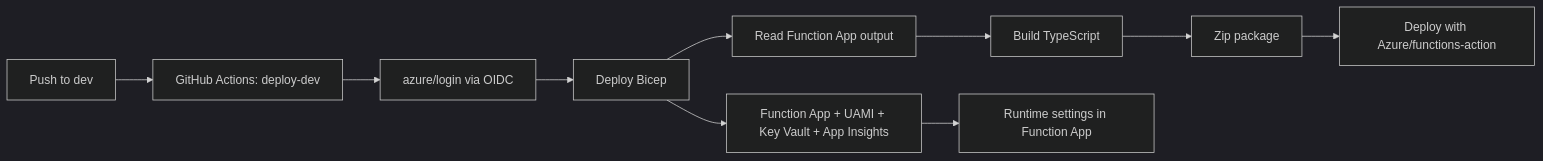
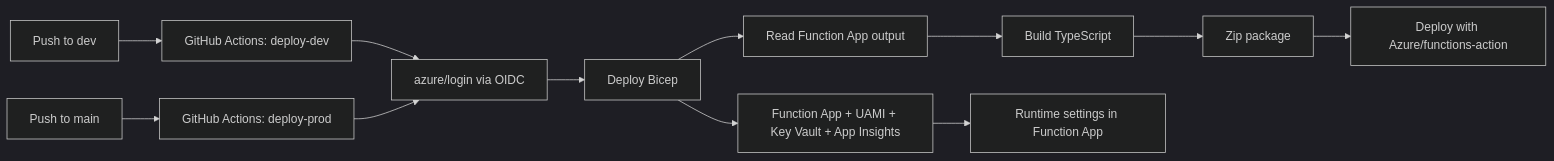
The diagram in knowledgeBase.md (alexCikos/invoiceDemoApp), drawn with Mermaid (dark theme) before and after one commit. The commit also changed other lines of this file and 3 other files, not shown here.

````diff
--- a/knowledgeBase.md
+++ b/knowledgeBase.md
@@ -45,13 +49,15 @@
 ```mermaid
 flowchart LR
   A["Push to dev"] --> B["GitHub Actions: deploy-dev"]
+  A2["Push to main"] --> B2["GitHub Actions: deploy-prod"]
   B --> C["azure/login via OIDC"]
+  B2 --> C
   C --> D["Deploy Bicep"]
   D --> E["Read Function App output"]
   E --> F["Build TypeScript"]
   F --> G["Zip package"]
   G --> H["Deploy with Azure/functions-action"]
 
   D --> I["Function App + UAMI + Key Vault + App Insights"]
   I --> J["Runtime settings in Function App"]
 ```
````
